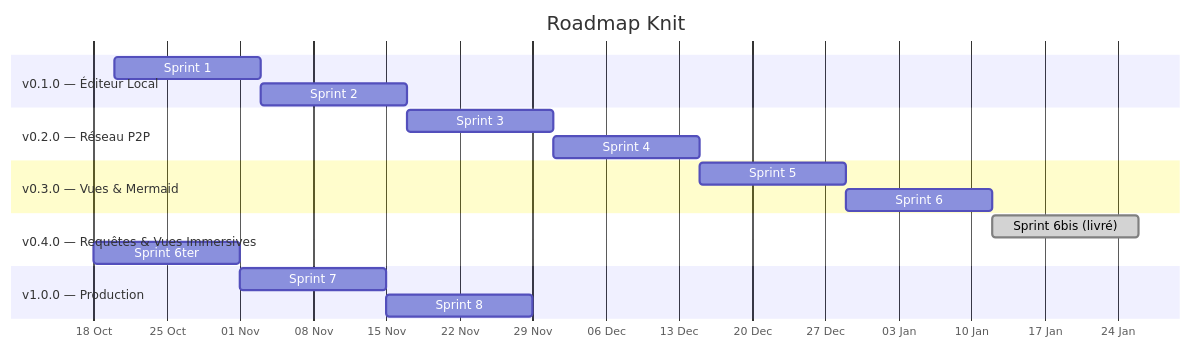
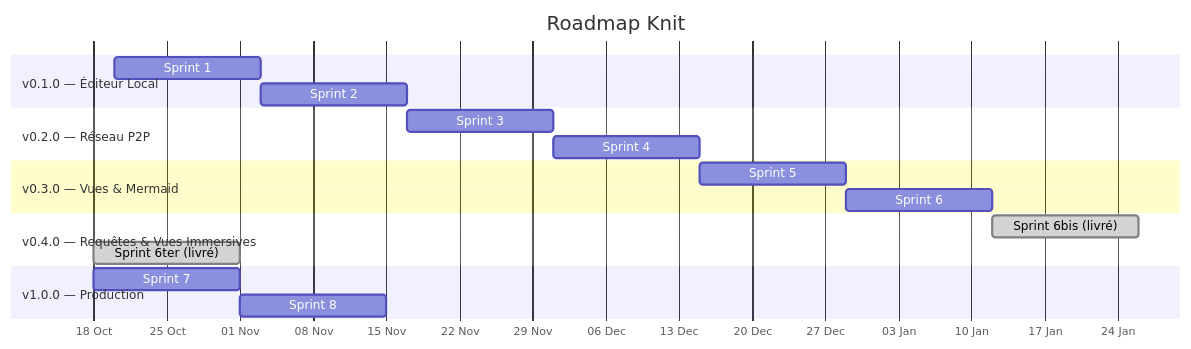
Before and after one commit to Domaine-Tech/knit: the diagram in versions/VERSIONING.md, drawn with Mermaid. The commit also changed 45 other files, not shown here.

Commit message:
docs(release): clôture Sprint 6ter, bump v0.4.0, demo_vault et alignement règles IA

````diff
--- a/versions/VERSIONING.md
+++ b/versions/VERSIONING.md
@@ -211,26 +211,26 @@
 ```mermaid
 gantt
     title Roadmap Knit
     dateFormat YYYY-MM-DD
     axisFormat %d %b
 
     section v0.1.0 — Éditeur Local
     Sprint 1 : s1, 2026-10-20, 14d
     Sprint 2 : s2, after s1, 14d
 
     section v0.2.0 — Réseau P2P
     Sprint 3 : s3, after s2, 14d
     Sprint 4 : s4, after s3, 14d
 
     section v0.3.0 — Vues & Mermaid
     Sprint 5 : s5, after s4, 14d
     Sprint 6 : s6, after s5, 14d
 
     section v0.4.0 — Requêtes & Vues Immersives
     Sprint 6bis (livré) : done, after s6, 14d
-    Sprint 6ter : s6t, after done, 14d
+    Sprint 6ter (livré) : done, after done, 14d
 
     section v1.0.0 — Production
-    Sprint 7 : s7, after s6t, 14d
+    Sprint 7 : s7, after done, 14d
     Sprint 8 : s8, after s7, 14d
 ```
````
